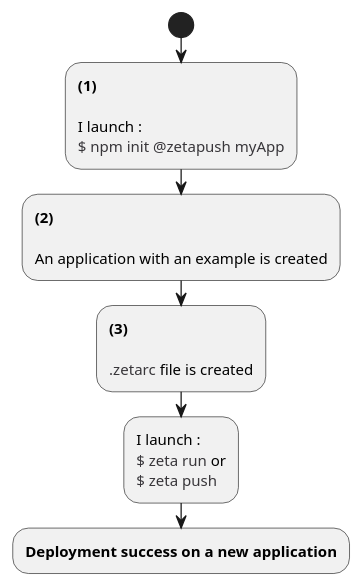
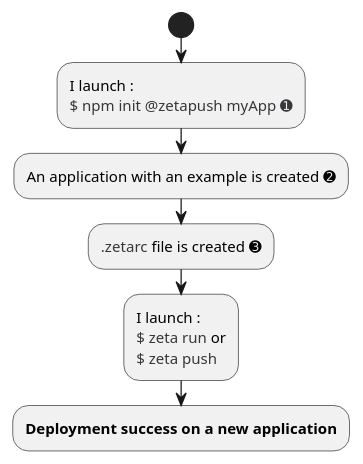
One commit to zetapush/documentation changed the diagram in src/docs/asciidoc/common/diagrams/workflow-init-with-account-without-app.adoc. Above: the diagram before and after it, drawn with PlantUML. The commit also changed other lines of this file and 34 other files, not shown here.

```diff
--- a/src/docs/asciidoc/common/diagrams/workflow-init-with-account-without-app.adoc
+++ b/src/docs/asciidoc/common/diagrams/workflow-init-with-account-without-app.adoc
@@ -4,23 +4,17 @@
 [plantuml, init-with-account-without-app, png]     
 ....
 start
 
-:<b>(1)</b>
+:I launch :
+<color:#38363a>$ npm init @zetapush myApp ➊;
 
-I launch :
-<color:#38363a>$ npm init @zetapush myApp;
+:An application with an example is created ➋;
 
-:<b>(2)</b>
-
-An application with an example is created;
-
-:<b>(3)</b>
-
-<color:#38363a>.zetarc</color> file is created;
+:<color:#38363a>.zetarc</color> file is created ➌;
 
 :I launch :
 <color:#38363a>$ zeta run</color> or
 <color:#38363a>$ zeta push;
 
 :<b>Deployment success on a new application;
 ....
```
